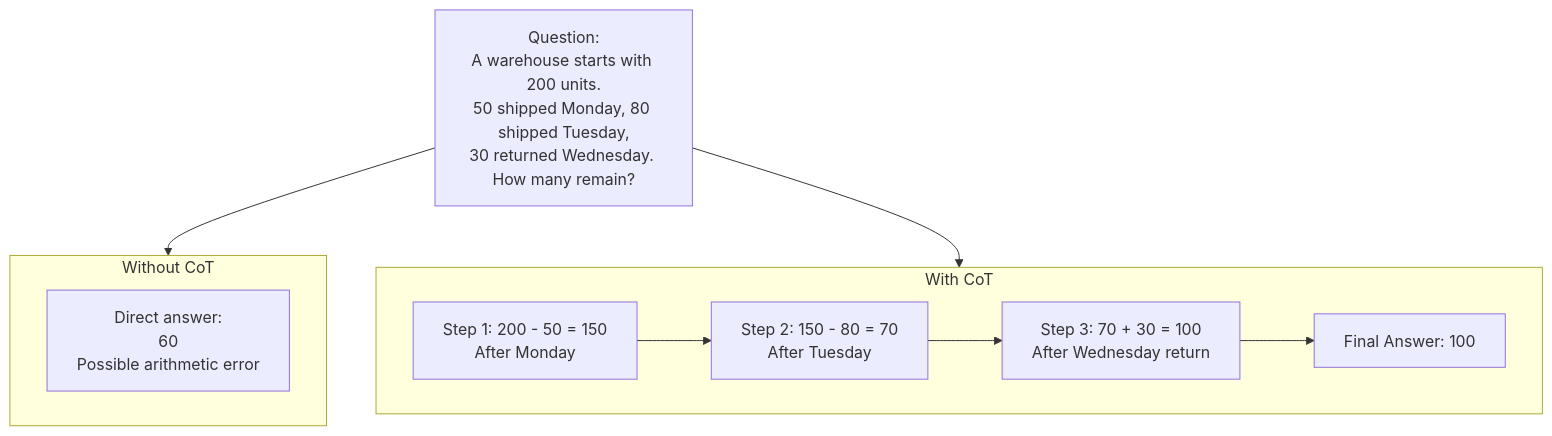
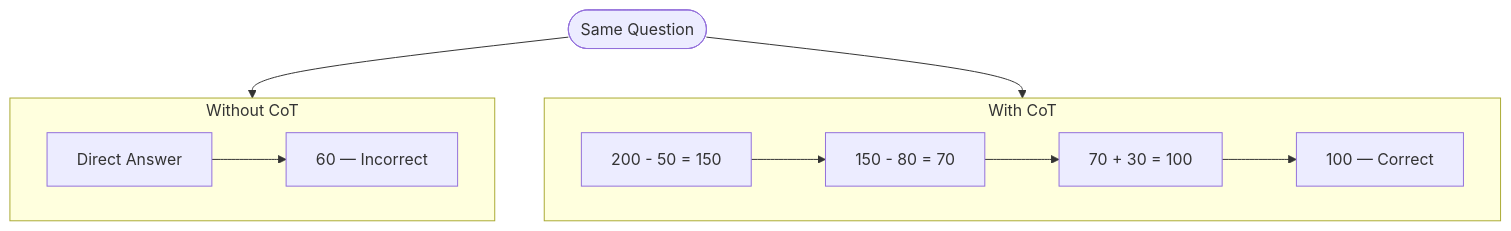
The first of 4 diagrams in week-01/prompt-engineering.md (itsswatii/ai-learning), drawn with Mermaid before and after one commit. The commit also changed other lines of this file, not shown here.

````diff
--- a/week-01/prompt-engineering.md
+++ b/week-01/prompt-engineering.md
@@ -225,19 +192,14 @@
 ```mermaid
-flowchart TD
-    Q["Question:\nA warehouse starts with 200 units.\n50 shipped Monday, 80 shipped Tuesday,\n30 returned Wednesday. How many remain?"]
+flowchart TB
+    Q([Same Question]) --> W & C
 
-    subgraph Without["Without CoT"]
-        WA["Direct answer:\n60\nPossible arithmetic error"]
+    subgraph W[Without CoT]
+        direction LR
+        W1[Direct Answer] --> W2[60 — Incorrect]
     end
 
-    subgraph With["With CoT"]
-        S1["Step 1: 200 - 50 = 150\nAfter Monday"]
-        S2["Step 2: 150 - 80 = 70\nAfter Tuesday"]
-        S3["Step 3: 70 + 30 = 100\nAfter Wednesday return"]
-        AN["Final Answer: 100"]
-        S1 --> S2 --> S3 --> AN
+    subgraph C[With CoT]
+        direction LR
+        C1[200 - 50 = 150] --> C2[150 - 80 = 70] --> C3[70 + 30 = 100] --> C4[100 — Correct]
     end
-
-    Q --> Without
-    Q --> With
 ```
````
